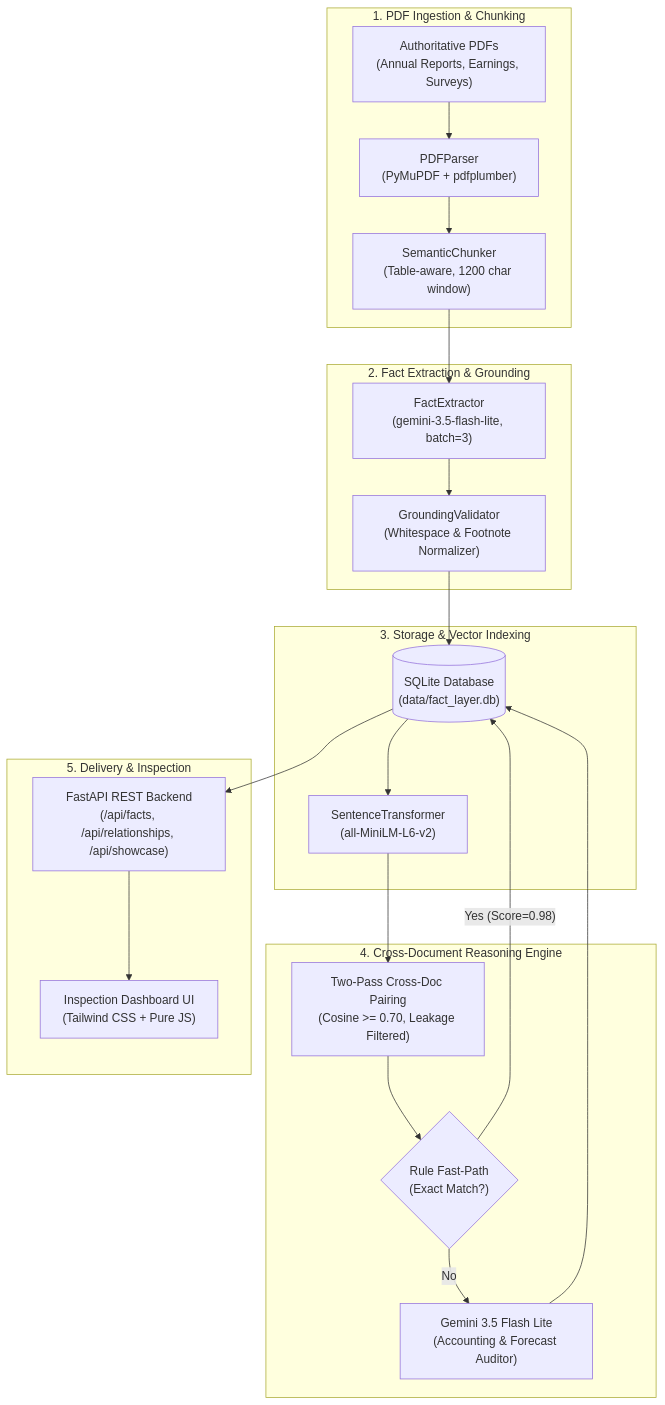
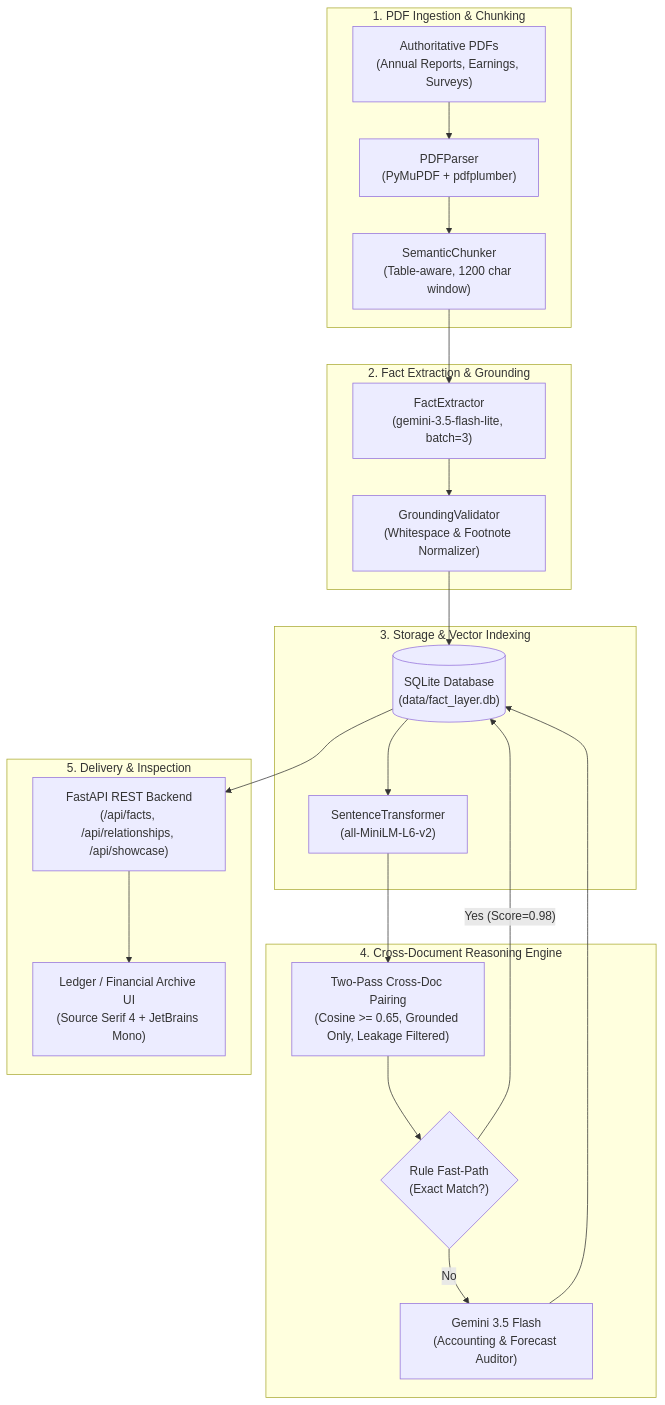
One commit to notaanidhya/SuperJoin_Project changed the diagram in README.md. Above: the diagram before and after it, drawn with Mermaid. The commit also changed other lines of this file and 7 other files, not shown here.

````diff
--- a/README.md
+++ b/README.md
@@ -22,41 +24,41 @@
 ```mermaid
 flowchart TD
     subgraph Ingestion ["1. PDF Ingestion & Chunking"]
         PDF["Authoritative PDFs<br>(Annual Reports, Earnings, Surveys)"]
         Parser["PDFParser<br>(PyMuPDF + pdfplumber)"]
         Chunker["SemanticChunker<br>(Table-aware, 1200 char window)"]
         PDF --> Parser --> Chunker
     end
 
     subgraph Extraction ["2. Fact Extraction & Grounding"]
         Extractor["FactExtractor<br>(gemini-3.5-flash-lite, batch=3)"]
         Validator["GroundingValidator<br>(Whitespace & Footnote Normalizer)"]
         Chunker --> Extractor
         Extractor --> Validator
     end
 
     subgraph Storage ["3. Storage & Vector Indexing"]
         DB[("SQLite Database<br>(data/fact_layer.db)")]
         Embedder["SentenceTransformer<br>(all-MiniLM-L6-v2)"]
         Validator --> DB
         DB --> Embedder
     end
 
     subgraph Reasoning ["4. Cross-Document Reasoning Engine"]
-        Pairing["Two-Pass Cross-Doc Pairing<br>(Cosine >= 0.70, Leakage Filtered)"]
+        Pairing["Two-Pass Cross-Doc Pairing<br>(Cosine >= 0.65, Grounded Only, Leakage Filtered)"]
         FastPath{"Rule Fast-Path<br>(Exact Match?)"}
-        LLMReasoning["Gemini 3.5 Flash Lite<br>(Accounting & Forecast Auditor)"]
+        LLMReasoning["Gemini 3.5 Flash<br>(Accounting & Forecast Auditor)"]
         
         Embedder --> Pairing
         Pairing --> FastPath
         FastPath -- "Yes (Score=0.98)" --> DB
         FastPath -- "No" --> LLMReasoning --> DB
     end
 
     subgraph Delivery ["5. Delivery & Inspection"]
         API["FastAPI REST Backend<br>(/api/facts, /api/relationships, /api/showcase)"]
-        UI["Inspection Dashboard UI<br>(Tailwind CSS + Pure JS)"]
+        UI["Ledger / Financial Archive UI<br>(Source Serif 4 + JetBrains Mono)"]
         DB --> API
         API --> UI
     end
 ```
````
